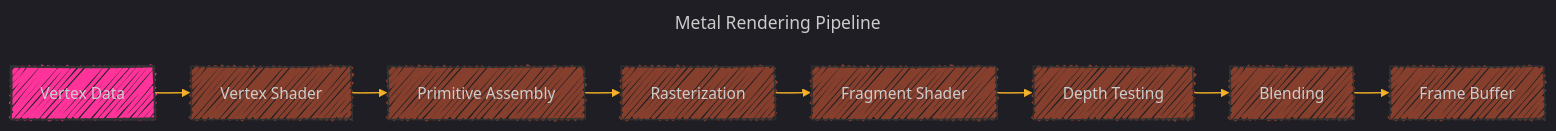
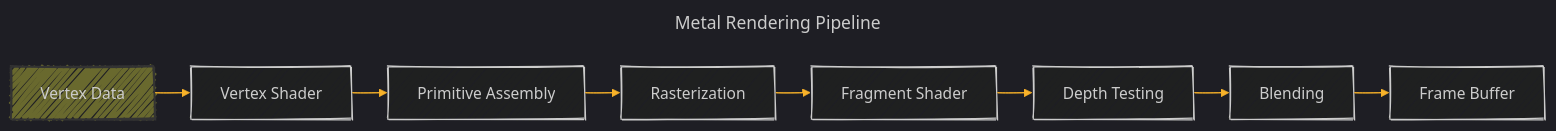
The sixth of 8 diagrams in Documentation_Consolidated_Version_Draft_2.md (CongLeSolutionX/Metal-Primitives), drawn with Mermaid before and after one commit.

````diff
--- a/Documentation_Consolidated_Version_Draft_2.md
+++ b/Documentation_Consolidated_Version_Draft_2.md
@@ -409,40 +409,34 @@
 ```mermaid
 ---
 title: Metal Rendering Pipeline
 config:
   layout: elk
   look: handDrawn
   theme: dark
 ---
 %%{
   init: {
     'fontFamily': 'verdana',
     'themeVariables': {
       'primaryColor': '#BB2528',
       'primaryTextColor': '#f529',
       'primaryBorderColor': '#7C0000',
       'lineColor': '#F8B229',
       'secondaryColor': '#006100',
       'tertiaryColor': '#fff'
     }
   }
 }%%
 graph LR
     A[Vertex Data] --> B[Vertex Shader]
     B --> C[Primitive Assembly]
     C --> D[Rasterization]
     D --> E[Fragment Shader]
     E --> F[Depth Testing]
     F --> G[Blending]
     G --> H[Frame Buffer]
 
-    style A fill:#f39f,stroke:#333,stroke-width:2px
-    style B fill:#c539,stroke:#333,stroke-width:1px
-    style C fill:#c539,stroke:#333,stroke-width:1px
-    style D fill:#c539,stroke:#333,stroke-width:1px
-    style E fill:#c539,stroke:#333,stroke-width:1px
-    style F fill:#c539,stroke:#333,stroke-width:1px
-    style G fill:#c539,stroke:#333,stroke-width:1px
-    style H fill:#c539,stroke:#333,stroke-width:1px
+classDef Metal_Rendering_Pipeline fill:#ff45,stroke:#333,stroke-width:2px
+class A Metal_Rendering_Pipeline
 
 ```
````
